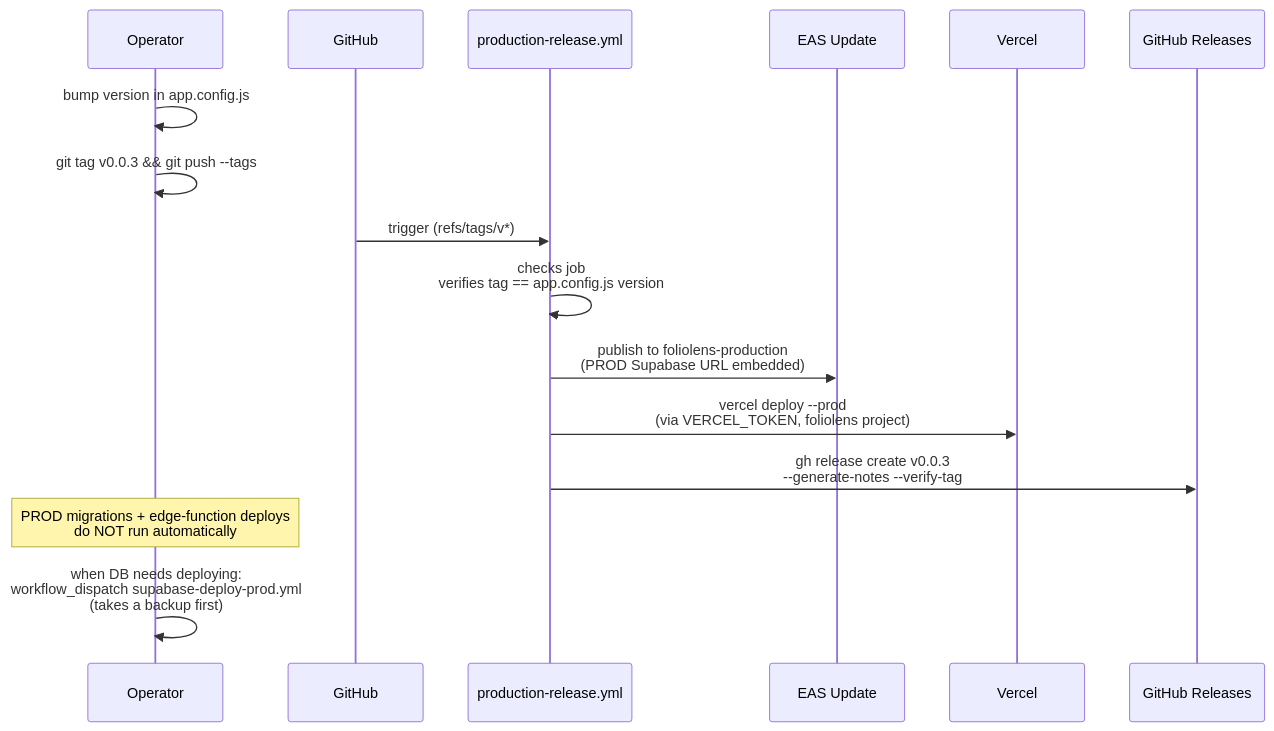
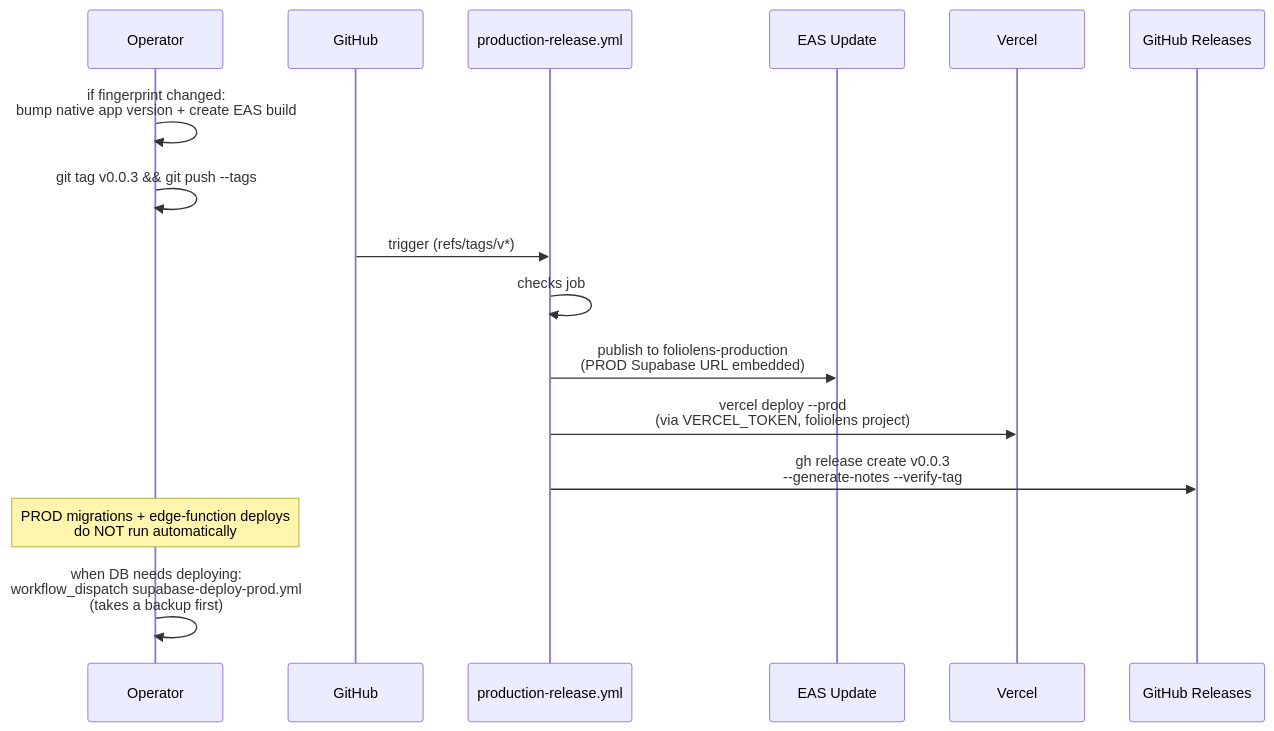
The fourth of 4 diagrams in docs/architecture/release-pipeline.md (himanshu4141/FolioLens), drawn with Mermaid before and after one commit. The commit also changed other lines of this file and 3 other files, not shown here.

````diff
--- a/docs/architecture/release-pipeline.md
+++ b/docs/architecture/release-pipeline.md
@@ -120,19 +121,19 @@
 ```mermaid
 sequenceDiagram
   participant Op as Operator
   participant GH as GitHub
   participant Prod as production-release.yml
   participant EAS as EAS Update
   participant V as Vercel
   participant Rel as GitHub Releases
 
-  Op->>Op: bump version in app.config.js
+  Op->>Op: if fingerprint changed:<br/>bump native app version + create EAS build
   Op->>Op: git tag v0.0.3 && git push --tags
   GH->>Prod: trigger (refs/tags/v*)
-  Prod->>Prod: checks job<br/>verifies tag == app.config.js version
+  Prod->>Prod: checks job
   Prod->>EAS: publish to foliolens-production<br/>(PROD Supabase URL embedded)
   Prod->>V: vercel deploy --prod<br/>(via VERCEL_TOKEN, foliolens project)
   Prod->>Rel: gh release create v0.0.3<br/>--generate-notes --verify-tag
   Note over Op: PROD migrations + edge-function deploys<br/>do NOT run automatically
   Op->>Op: when DB needs deploying:<br/>workflow_dispatch supabase-deploy-prod.yml<br/>(takes a backup first)
 ```
````
